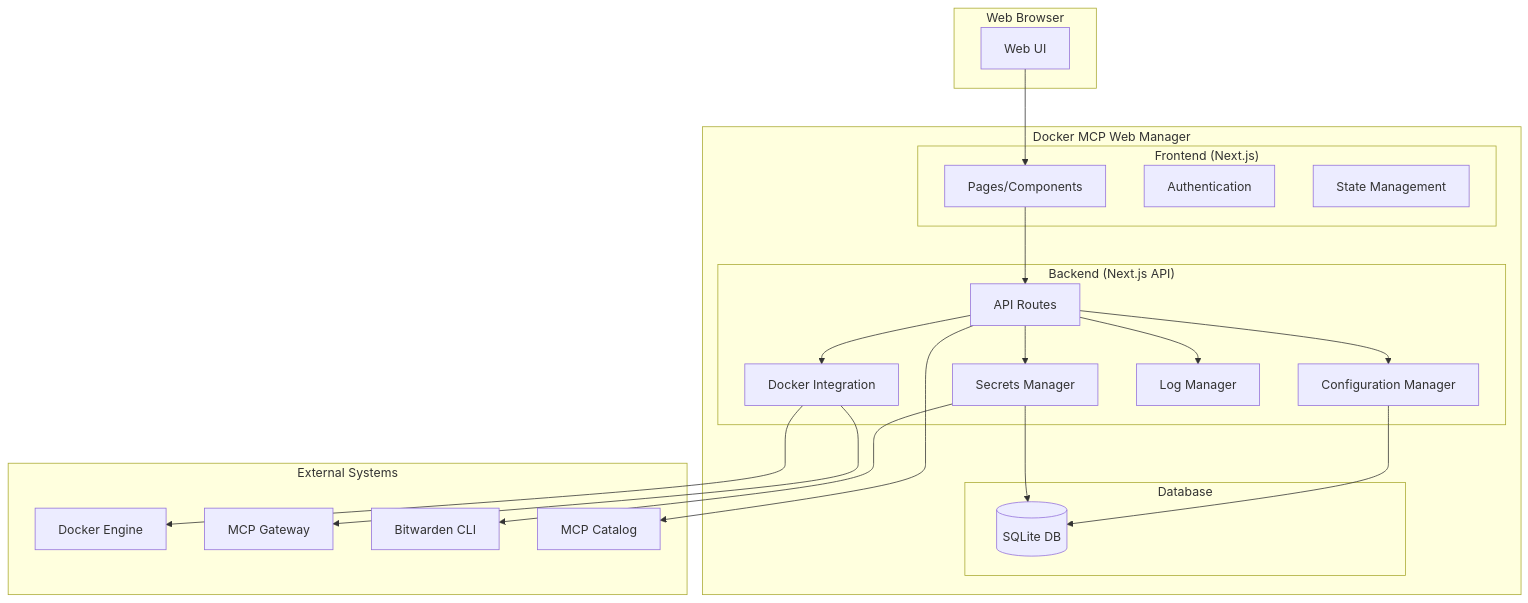
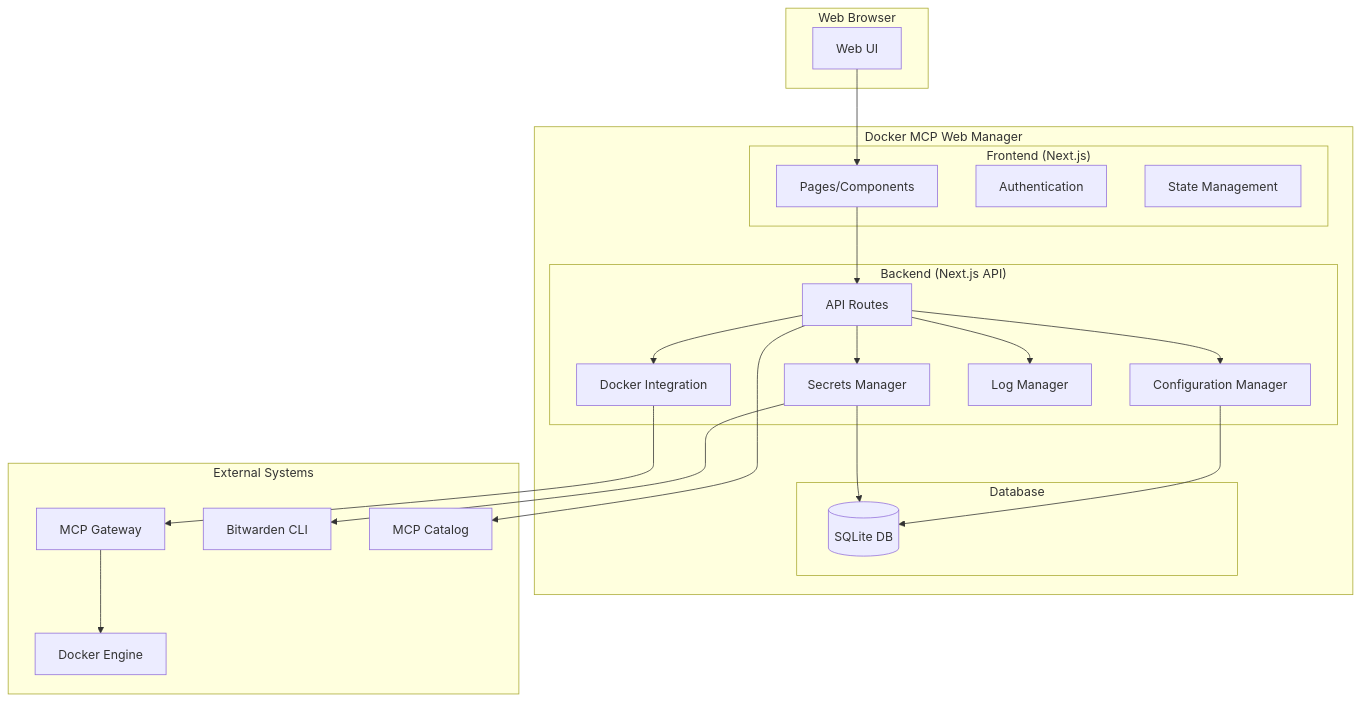
Before and after one commit to yohi/docker-mcp-web-manager: the diagram in .specs/design.md, drawn with Mermaid.

Commit message:
fix: Mermaidダイアグラムの一貫性修正 - MCP Gateway経由に統一
アーキテクチャダイアグラム整合性確保:
- Docker→DockerEngine直接接続を削除
- Docker→MCPGateway→DockerEngineのフローに修正
- Overview説明との一貫性を確保

追加された設計注記:
- "Docker operations via MCP Gateway only" 明記
- "Web service does not access Docker Engine directly" 強調

技術的利点:
- ダイアグラムと仕様説明の一致
- アーキテクチャ理解の明確化
- 設計意図の正確な伝達

Overviewの「MCP Gateway API経由でのDocker操作」と
完全に一致するダイアグラム構造を実現

🤖 Generated with [Claude Code](https://claude.ai/code)

````diff
--- a/.specs/design.md
+++ b/.specs/design.md
@@ -11,46 +11,49 @@
 ```mermaid
 graph TB
     subgraph "Web Browser"
         UI[Web UI]
     end
     
     subgraph "Docker MCP Web Manager"
         subgraph "Frontend (Next.js)"
             Pages[Pages/Components]
             Auth[Authentication]
             State[State Management]
         end
         
         subgraph "Backend (Next.js API)"
             API[API Routes]
             Docker[Docker Integration]
             Config[Configuration Manager]
             Secrets[Secrets Manager]
             Logs[Log Manager]
         end
         
         subgraph "Database"
             SQLite[(SQLite DB)]
         end
     end
     
     subgraph "External Systems"
         DockerEngine[Docker Engine]
         MCPGateway[MCP Gateway]
         BitwardenCLI[Bitwarden CLI]
         MCPCatalog[MCP Catalog]
     end
     
     UI --> Pages
     Pages --> API
     API --> Docker
     API --> Config
     API --> Secrets
     API --> Logs
     Config --> SQLite
     Secrets --> SQLite
     Secrets --> BitwardenCLI
-    Docker --> DockerEngine
     Docker --> MCPGateway
+    MCPGateway --> DockerEngine
     API --> MCPCatalog
+    
+    %% Note: Docker operations via MCP Gateway only
+    %% Web service does not access Docker Engine directly
 ```
````
